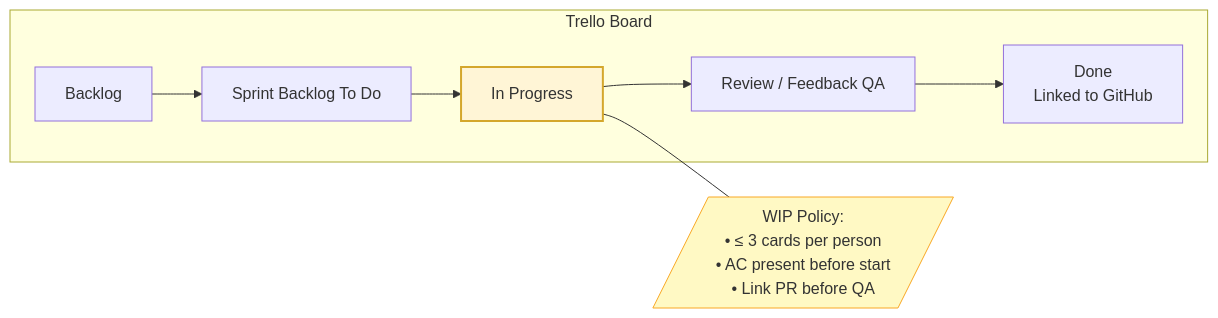
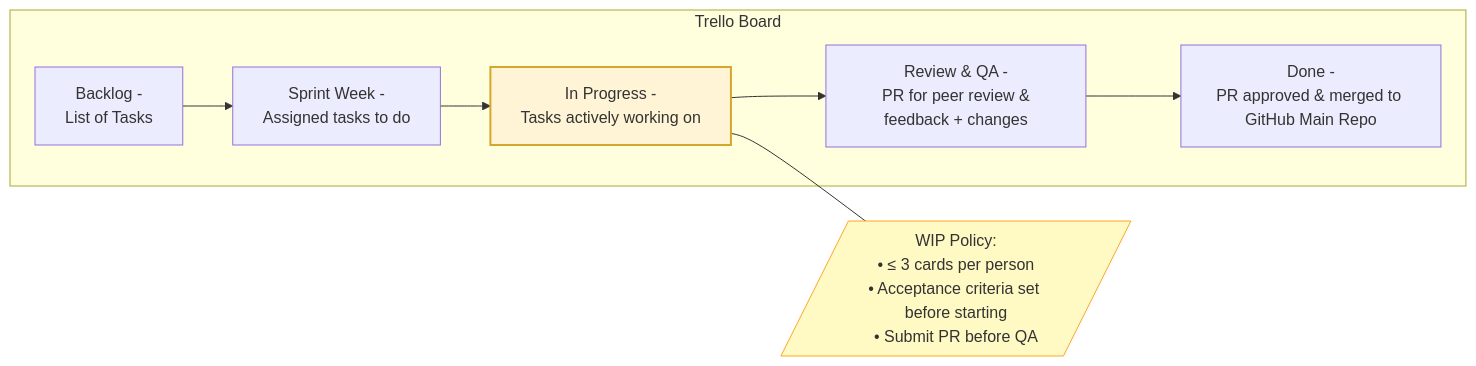
One commit to CoderAcademy-DEV-MERN-Group/DEV1003-Assessment01 changed the second of 5 diagrams in task-mgmt-methodology.md. Above: the diagram before and after it, drawn with Mermaid. The commit also changed other lines of this file and 16 other files, not shown here.

Commit message:
fix(doc): Amended adjustments as per PR feedback: add specific detail on use of methodology in proposed project, fixed up diagrams headings, spell checker and explicit task management methodology explanation

````diff
--- a/task-mgmt-methodology.md
+++ b/task-mgmt-methodology.md
@@ -46,16 +52,16 @@
 ```mermaid
 flowchart LR
     subgraph Trello Board
-      A[Backlog] --> B[Sprint Backlog To Do]
-      B --> C[In Progress]
-      C --> D[Review / Feedback QA]
-      D --> E[Done<br/>Linked to GitHub]
+      A[Backlog -<br/>List of Tasks] --> B[Sprint Week -<br/> Assigned tasks to do]
+      B --> C[In Progress -<br/> Tasks actively working on]
+      C --> D[Review & QA -<br/> PR for peer review & feedback + changes ]
+      D --> E[Done -<br/>PR approved & merged to GitHub Main Repo]
     end
 
     classDef wip fill:#FFF5D6,stroke:#D4A72C,stroke-width:2px;
     class C wip;
 
     %% Policy Notes (attach a note to node C)
-    C --- N[/"WIP Policy:\n• ≤ 3 cards per person\n• AC present before start\n• Link PR before QA"/]
+    C --- N[/"WIP Policy:<br/>• ≤ 3 cards per person<br/>• Acceptance criteria set before starting<br/>• Submit PR before QA"/]
     style N fill:#FFF9C4,stroke:#F9A825,stroke-width:1px;
 ```
````
